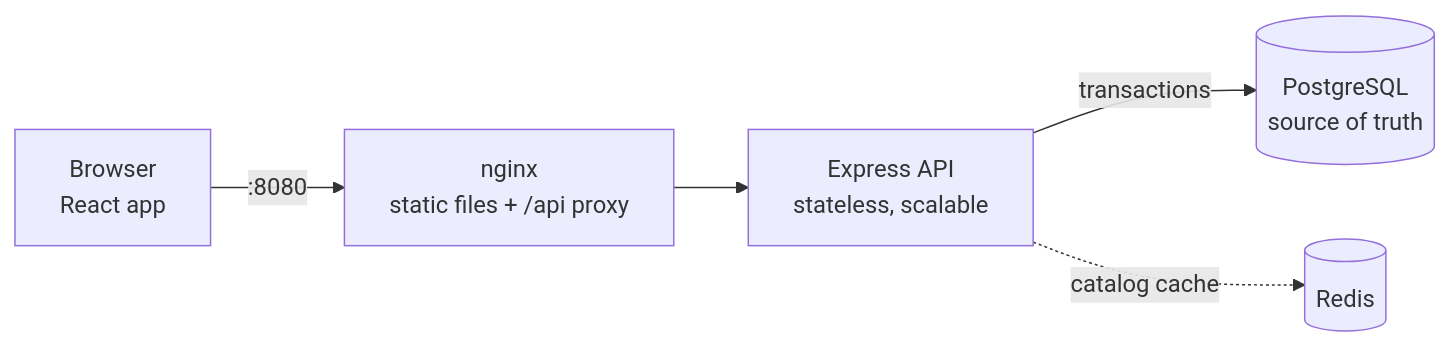
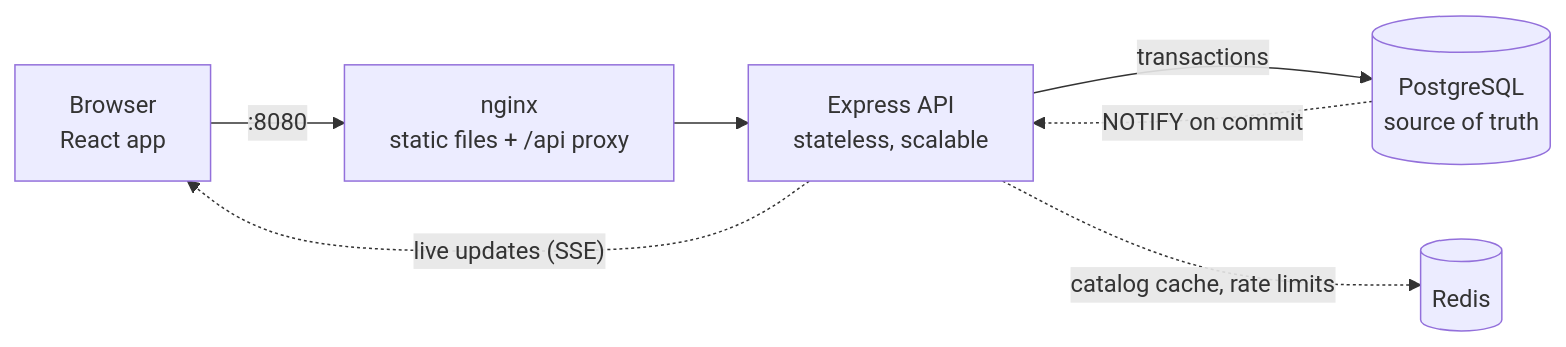
Before and after one commit to revant123/quickkart: the diagram in README.md, drawn with Mermaid. The commit also changed other lines of this file and 104 other files, not shown here.

First line of the commit message:
Batch A: live inventory, product photos, migrations, rate limits, jobs, CI

````diff
--- a/README.md
+++ b/README.md
@@ -70,7 +87,9 @@
 ```mermaid
 flowchart LR
   browser["Browser<br/>React app"] -->|":8080"| web["nginx<br/>static files + /api proxy"]
   web --> api["Express API<br/>stateless, scalable"]
   api -->|"transactions"| db[("PostgreSQL<br/>source of truth")]
-  api -.->|"catalog cache"| redis[("Redis")]
+  api -.->|"catalog cache, rate limits"| redis[("Redis")]
+  db -.->|"NOTIFY on commit"| api
+  api -.->|"live updates (SSE)"| browser
 ```
````
